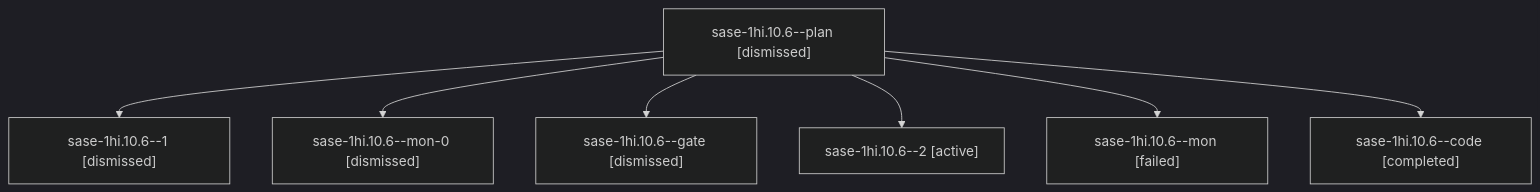
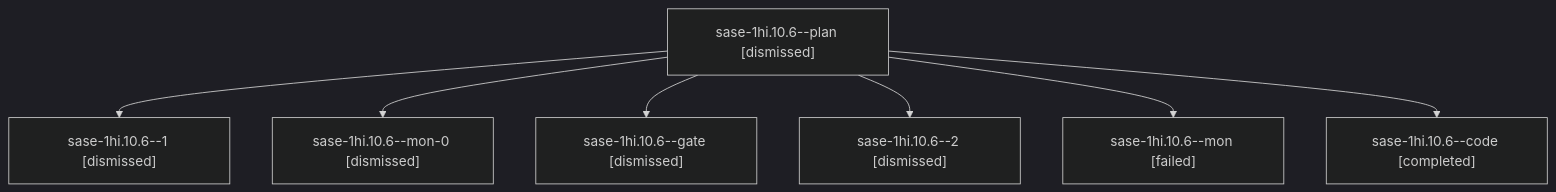
Before and after one commit to sase-org/sase--agents: the diagram in sessions/bbugyi200.apollo.sase-1hi.10.6.md, drawn with Mermaid (dark theme). The commit also changed other lines of this file and 231 other files, not shown here.

````diff
--- a/sessions/bbugyi200.apollo.sase-1hi.10.6.md
+++ b/sessions/bbugyi200.apollo.sase-1hi.10.6.md
@@ -9,16 +9,16 @@
 ```mermaid
 flowchart TD
   n0["sase-1hi.10.6--plan [dismissed]"]
   n1["sase-1hi.10.6--1 [dismissed]"]
   n0 --> n1
   n2["sase-1hi.10.6--mon-0 [dismissed]"]
   n0 --> n2
   n3["sase-1hi.10.6--gate [dismissed]"]
   n0 --> n3
-  n4["sase-1hi.10.6--2 [active]"]
+  n4["sase-1hi.10.6--2 [dismissed]"]
   n0 --> n4
   n5["sase-1hi.10.6--mon [failed]"]
   n0 --> n5
   n6["sase-1hi.10.6--code [completed]"]
   n0 --> n6
 ```
````
